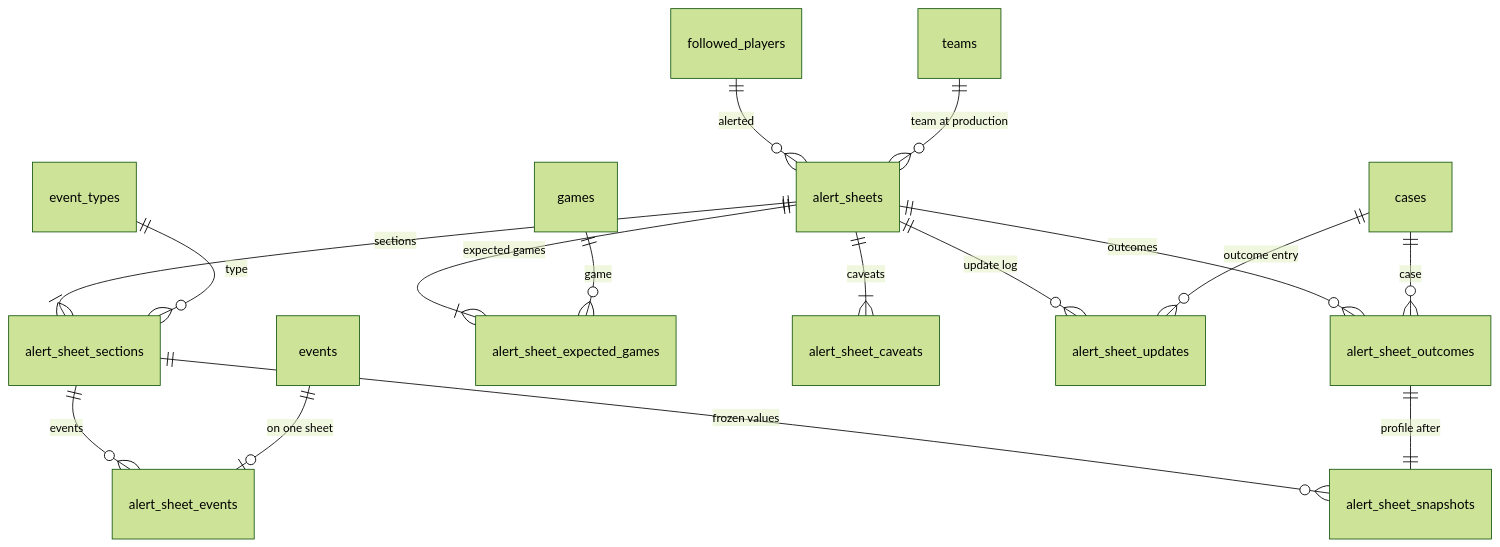
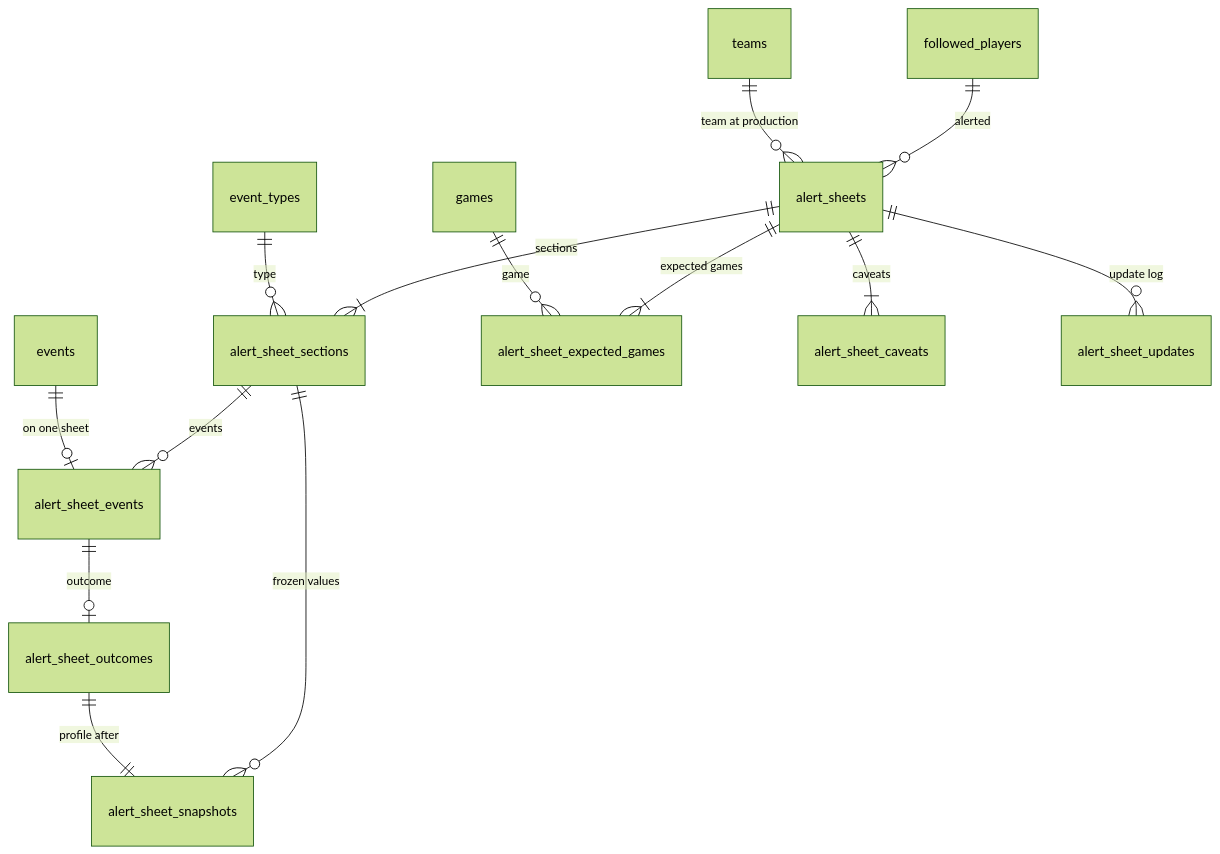
Before and after one commit to youtix/egoscope: the diagram in docs/engineering/domain-model/alert-sheets.md, drawn with Mermaid (forest theme). The commit also changed other lines of this file and 3 other files, not shown here.

````diff
--- a/docs/engineering/domain-model/alert-sheets.md
+++ b/docs/engineering/domain-model/alert-sheets.md
@@ -313,18 +313,16 @@
 ```mermaid
 erDiagram
   followed_players ||--o{ alert_sheets : "alerted"
   teams ||--o{ alert_sheets : "team at production"
   alert_sheets ||--|{ alert_sheet_sections : "sections"
   event_types ||--o{ alert_sheet_sections : "type"
   alert_sheet_sections ||--o{ alert_sheet_snapshots : "frozen values"
   alert_sheet_sections ||--o{ alert_sheet_events : "events"
   events ||--o| alert_sheet_events : "on one sheet"
   alert_sheets ||--|{ alert_sheet_expected_games : "expected games"
   games ||--o{ alert_sheet_expected_games : "game"
   alert_sheets ||--|{ alert_sheet_caveats : "caveats"
   alert_sheets ||--o{ alert_sheet_updates : "update log"
-  alert_sheets ||--o{ alert_sheet_outcomes : "outcomes"
-  cases ||--o{ alert_sheet_outcomes : "case"
-  cases ||--o{ alert_sheet_updates : "outcome entry"
+  alert_sheet_events ||--o| alert_sheet_outcomes : "outcome"
   alert_sheet_outcomes ||--|| alert_sheet_snapshots : "profile after"
 ```
````
